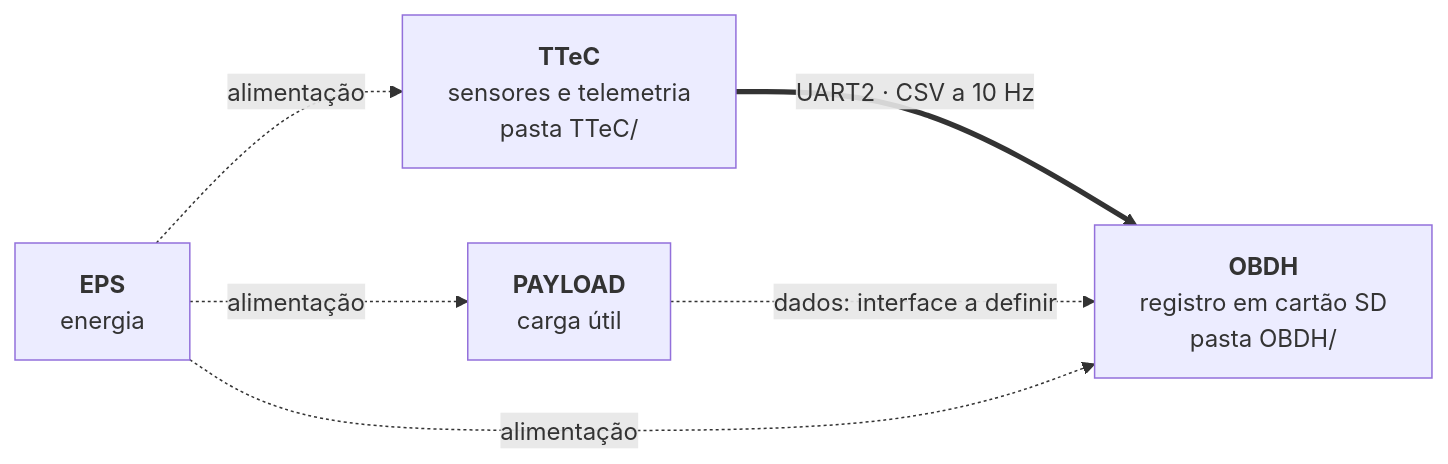
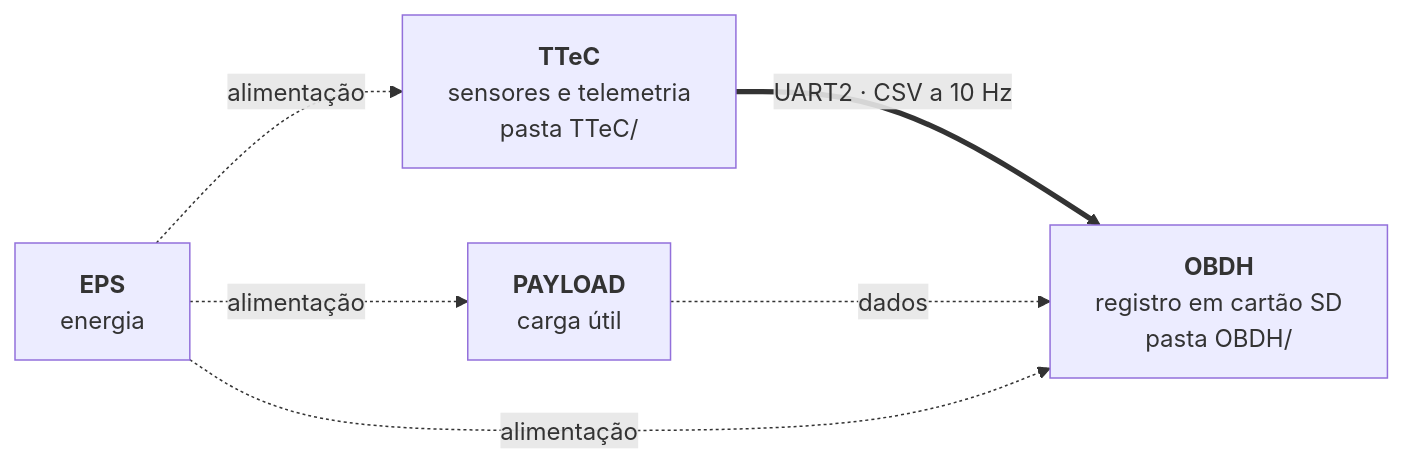
The first of 3 diagrams in ARQUITETURA.md (brunozer09/2u-emergency), drawn with Mermaid before and after one commit.

Commit message:
Agora vai

````diff
--- a/ARQUITETURA.md
+++ b/ARQUITETURA.md
@@ -7,13 +7,13 @@
 ```mermaid
 flowchart LR
     EPS["<b>EPS</b><br/>energia<br/>"]
     TTeC["<b>TTeC</b><br/>sensores e telemetria<br/>pasta TTeC/"]
     OBDH["<b>OBDH</b><br/>registro em cartão SD<br/>pasta OBDH/"]
     PAYLOAD["<b>PAYLOAD</b><br/>carga útil<br/>"]
 
     TTeC == "UART2 · CSV a 10 Hz" ==> OBDH
-    PAYLOAD -. "dados: interface a definir" .-> OBDH
+    PAYLOAD -. "dados" .-> OBDH
     EPS -. "alimentação" .-> TTeC
     EPS -. "alimentação" .-> OBDH
     EPS -. "alimentação" .-> PAYLOAD
 ```
````
